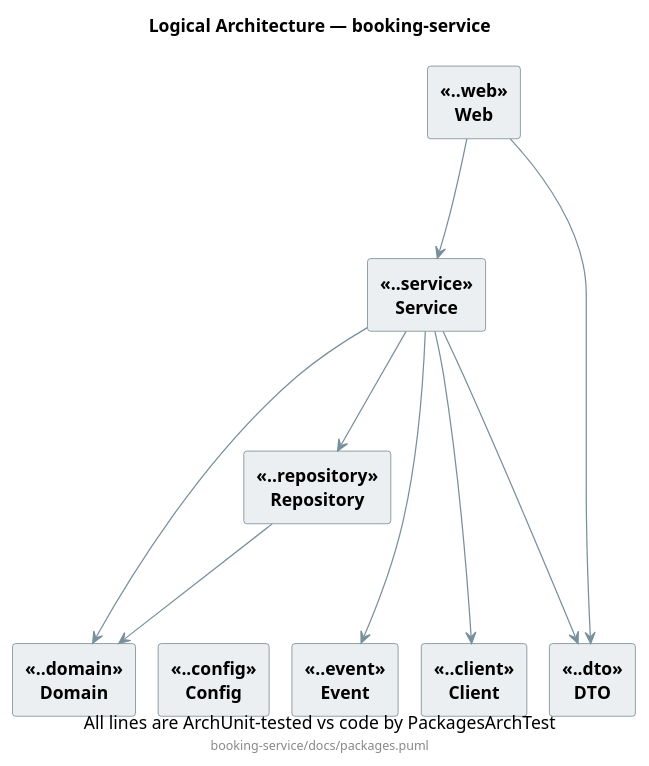
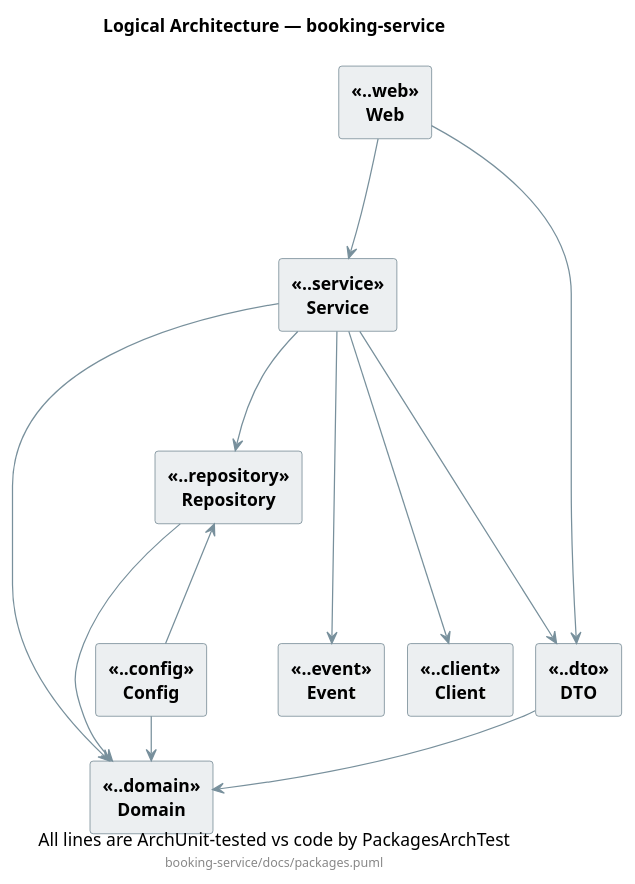
The diagram in backend/booking-service/docs/packages.puml (vvyavahare/book-my-flight), drawn with PlantUML before and after one commit. The commit also changed 11834 other files, not shown here.

```diff
--- a/backend/booking-service/docs/packages.puml
+++ b/backend/booking-service/docs/packages.puml
@@ -1,90 +1,93 @@
 @startuml
 !pragma layout smetana
 
 title Logical Architecture — booking-service
 caption All lines are ArchUnit-tested vs code by PackagesArchTest
 footer booking-service/docs/packages.puml
 
 ' ── The recipe (portable — copy this whole layout trick to any project) ───────
 ' Adopted from github.com/victorrentea/petclinic.
 ' 1. GRAVITY. A package is drawn below everything that depends on it, so every
 '    arrow points downwards. Depth of a package = length of the longest chain of
 '    dependencies starting at it; depth 0 (packages that depend on nothing) goes
 '    at the bottom. That is a computation, not an opinion — no layer names here.
 '
 ' 2. INVISIBLE ANCHORS. Depths are held apart by a blank `label` per boundary,
 '    pinned by `-[hidden]->` arrows from every package above it and to every
 '    package below it. Nothing is drawn — the anchor only claims a row of its
 '    own, which forces the packages onto separate rows. Do NOT pin with hidden
 '    arrows between packages: ArchUnit reads those as real dependencies. It drops
 '    the ones pointing at `sepN`, because `sepN` is not a component.
 '
 ' 3. CYCLES ARE RED. A bidirectional dependency is ONE red double-headed line,
 '    backed by two `-[hidden]->` arrows so ArchUnit parses both directed edges:
 '        [A] <-[#red,thickness=2]-> [B]
 '        [A] -[hidden]-> [B]
 '        [B] -[hidden]-> [A]
 '    No cycle exists here today; the convention is in place so one shows up red.
 ' ─────────────────────────────────────────────────────────────────────────────
 
 skinparam shadowing false
 skinparam componentStyle rectangle
 skinparam nodesep 20
 skinparam ranksep 30
 <style>
 component {
   BackGroundColor #ECEFF1
   LineColor #546E7A
   FontStyle bold
 }
 arrow {
   LineColor #78909C
 }
 </style>
 
 ' depth 3
 [Web] <<..web>>
 
 ' depth 2
 [Service] <<..service>>
 
 ' depth 1
 [Repository] <<..repository>>
 
 ' depth 0
 [Domain] <<..domain>>
 [DTO] <<..dto>>
 [Event] <<..event>>
 [Client] <<..client>>
 [Config] <<..config>>
 
 label " " as sep1
 label " " as sep2
 label " " as sep3
 
 [Web] --> [Service]
 [Web] --> [DTO]
 [Service] --> [Repository]
 [Service] --> [Domain]
 [Service] --> [DTO]
 [Service] --> [Event]
 [Service] --> [Client]
 [Repository] --> [Domain]
+[DTO] --> [Domain]
+[Config] --> [Domain]
+[Config] --> [Repository]
 
 ' depth 3 sits above depth 2
 [Web] -[hidden]-> sep1
 sep1 -[hidden]-> [Service]
 
 ' depth 2 sits above depth 1
 [Service] -[hidden]-> sep2
 sep2 -[hidden]-> [Repository]
 
 ' depth 1 sits above depth 0
 [Repository] -[hidden]-> sep3
 sep3 -[hidden]-> [Domain]
 sep3 -[hidden]-> [DTO]
 sep3 -[hidden]-> [Event]
 sep3 -[hidden]-> [Client]
 sep3 -[hidden]-> [Config]
 
 @enduml
```
